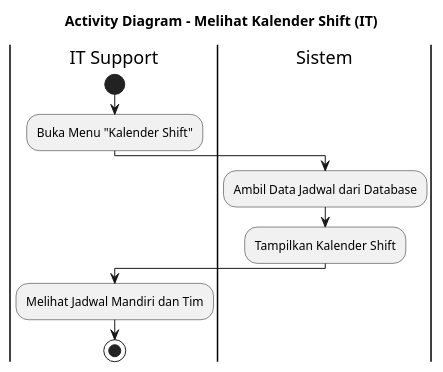
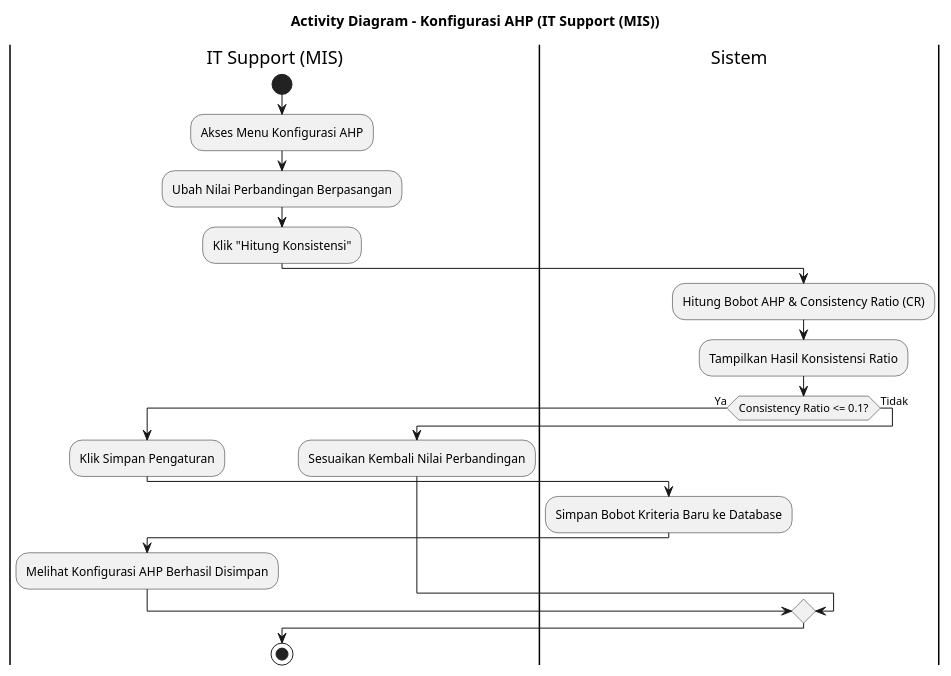
Diagram 11 of 14 in docs/activity-diagrams.puml (mrahmatfadila/bissmillah-skripsi-web), drawn with PlantUML before and after one commit. The commit also changed other lines of this file and 62 other files, not shown here.

Commit message:
Update database and seeds with real Terminal 2 & 3 supervisor data and sync other project files

```diff
--- a/docs/activity-diagrams.puml
+++ b/docs/activity-diagrams.puml
@@ -183,12 +192,23 @@
-@startuml activity_melihat_jadwal_shift
-title Activity Diagram - Melihat Kalender Shift (IT)
-|IT Support|
+@startuml activity_konfigurasi_ahp
+title Activity Diagram - Konfigurasi AHP (IT Support (MIS))
+|IT Support (MIS)|
 start
-:Buka Menu "Kalender Shift";
+:Akses Menu Konfigurasi AHP;
+:Ubah Nilai Perbandingan Berpasangan;
+:Klik "Hitung Konsistensi";
 |Sistem|
-:Ambil Data Jadwal dari Database;
-:Tampilkan Kalender Shift;
-|IT Support|
-:Melihat Jadwal Mandiri dan Tim;
+:Hitung Bobot AHP & Consistency Ratio (CR);
+:Tampilkan Hasil Konsistensi Ratio;
+if (Consistency Ratio <= 0.1?) then (Ya)
+  |IT Support (MIS)|
+  :Klik Simpan Pengaturan;
+  |Sistem|
+  :Simpan Bobot Kriteria Baru ke Database;
+  |IT Support (MIS)|
+  :Melihat Konfigurasi AHP Berhasil Disimpan;
+else (Tidak)
+  |IT Support (MIS)|
+  :Sesuaikan Kembali Nilai Perbandingan;
+endif
 stop
 @enduml
```
